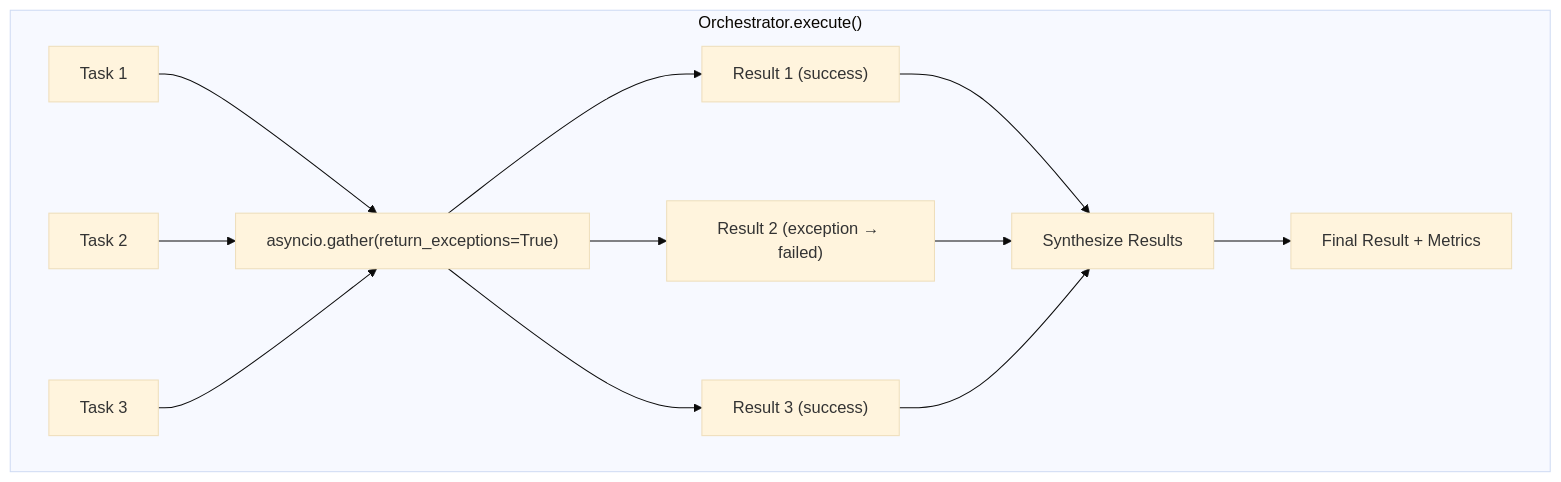
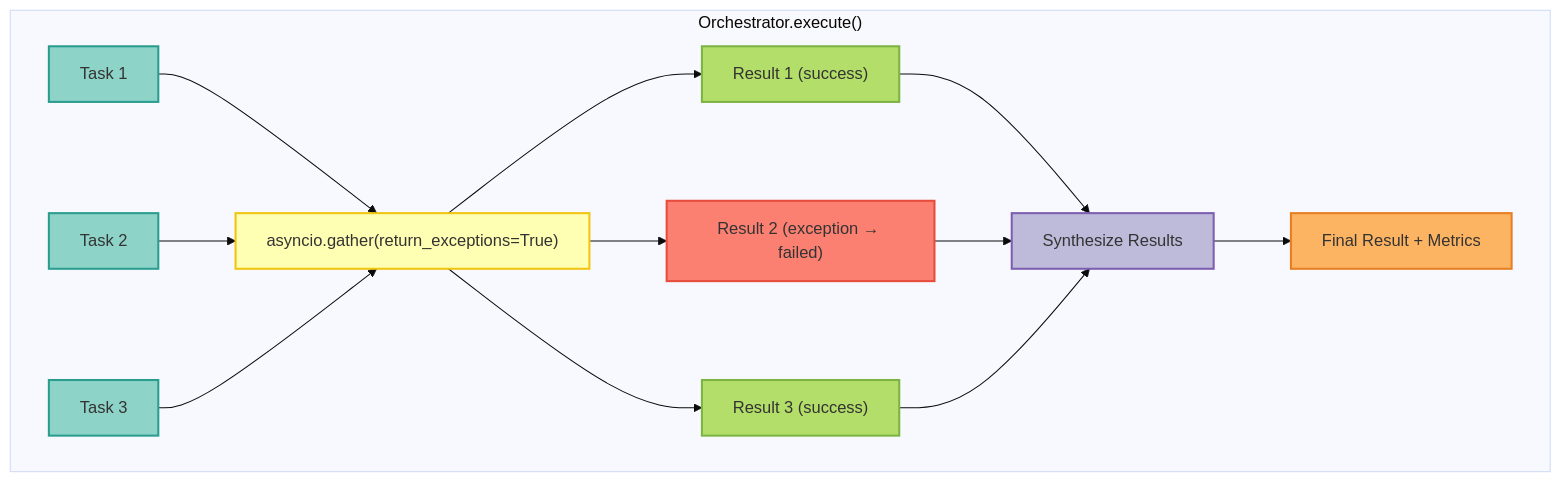
Before and after one commit to vishnu2kmohan/mcp-server-langgraph: the diagram in docs/architecture/adr-0078-multi-agent-orchestrator-patterns.mdx, drawn with Mermaid (base theme). The commit also changed 25 other files, not shown here.

````diff
--- a/docs/architecture/adr-0078-multi-agent-orchestrator-patterns.mdx
+++ b/docs/architecture/adr-0078-multi-agent-orchestrator-patterns.mdx
@@ -179,25 +179,40 @@
 ```mermaid
 flowchart TD
     subgraph Orchestrator["Orchestrator.execute()"]
         T1["Task 1"]
         T2["Task 2"]
         T3["Task 3"]
         GATHER["asyncio.gather(return_exceptions=True)"]
         R1["Result 1 (success)"]
         R2["Result 2 (exception → failed)"]
         R3["Result 3 (success)"]
         SYNTH["Synthesize Results"]
         FINAL["Final Result + Metrics"]
     end
 
     T1 --> GATHER
     T2 --> GATHER
     T3 --> GATHER
     GATHER --> R1
     GATHER --> R2
     GATHER --> R3
     R1 --> SYNTH
     R2 --> SYNTH
     R3 --> SYNTH
     SYNTH --> FINAL
+
+    %% ColorBrewer2 Set3 palette - each component type uniquely colored
+    classDef taskStyle fill:#8dd3c7,stroke:#2a9d8f,stroke-width:2px,color:#333
+    classDef gatherStyle fill:#ffffb3,stroke:#f1c40f,stroke-width:2px,color:#333
+    classDef resultStyle fill:#b3de69,stroke:#7cb342,stroke-width:2px,color:#333
+    classDef failStyle fill:#fb8072,stroke:#e74c3c,stroke-width:2px,color:#333
+    classDef synthStyle fill:#bebada,stroke:#7e5eb0,stroke-width:2px,color:#333
+    classDef finalStyle fill:#fdb462,stroke:#e67e22,stroke-width:2px,color:#333
+
+    class T1,T2,T3 taskStyle
+    class GATHER gatherStyle
+    class R1,R3 resultStyle
+    class R2 failStyle
+    class SYNTH synthStyle
+    class FINAL finalStyle
 ```
````
